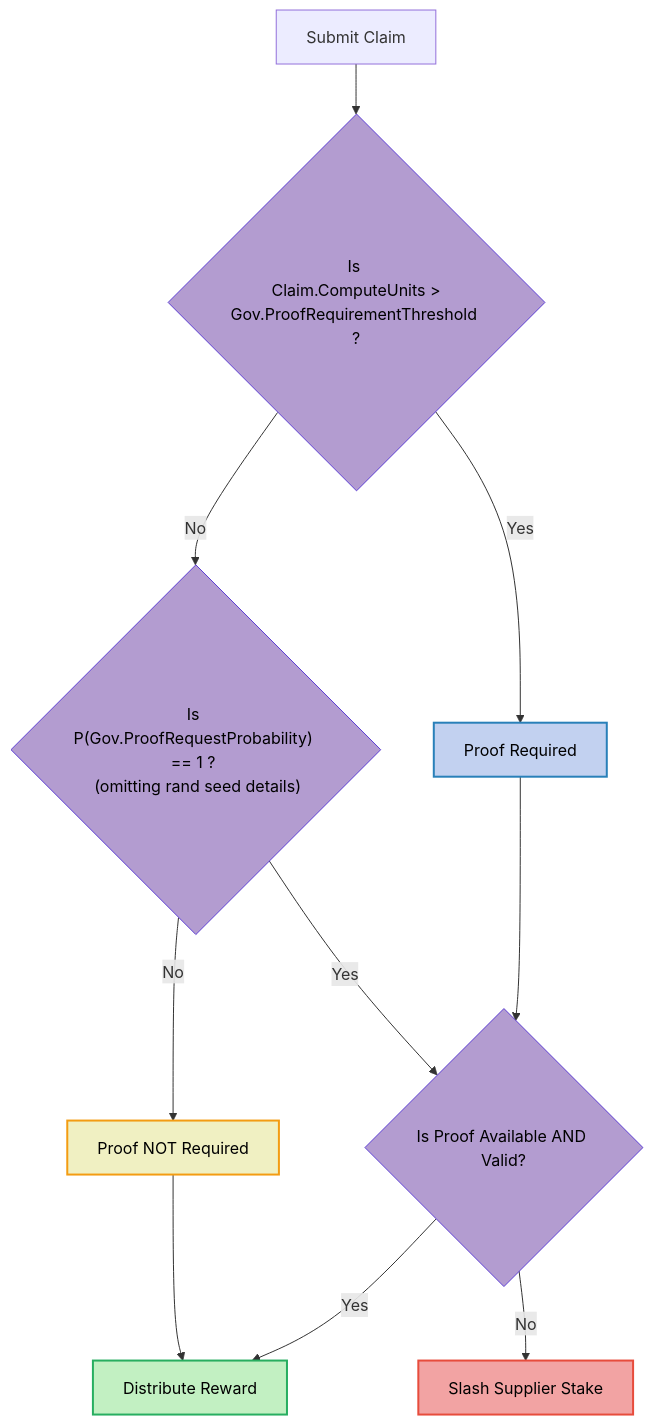
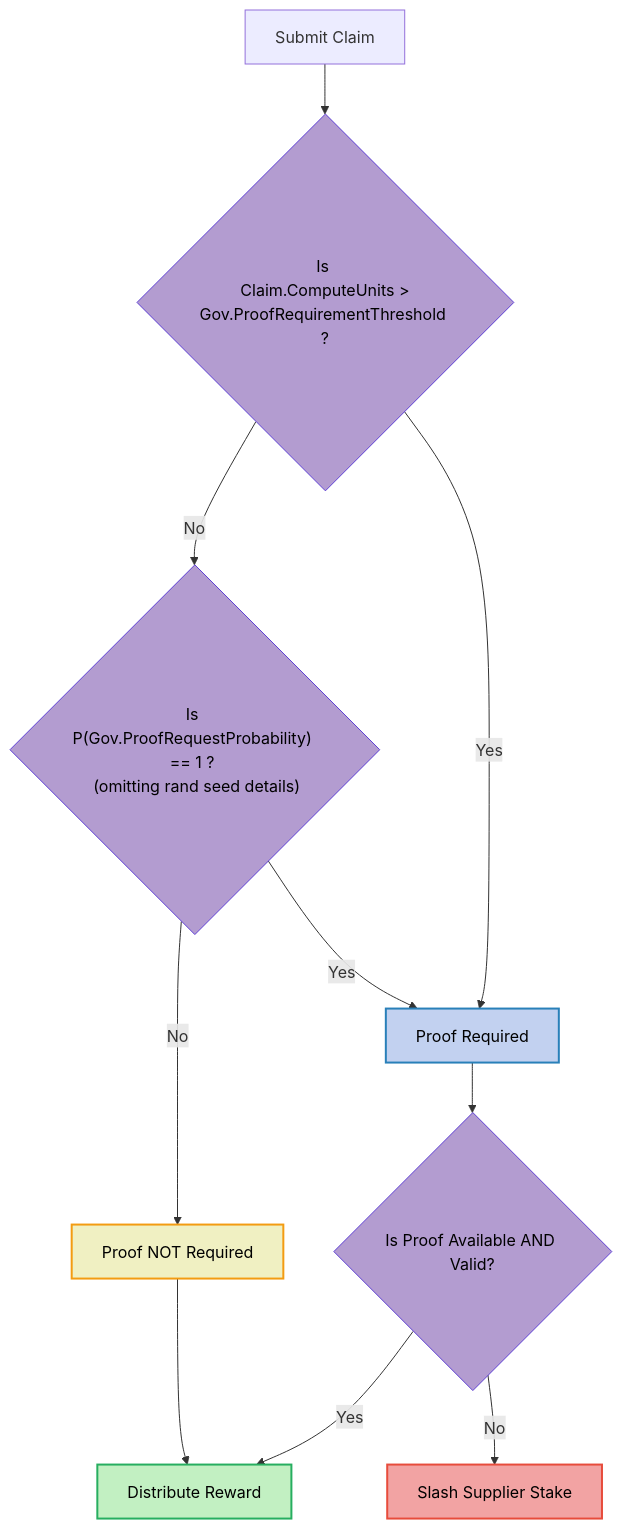
Before and after one commit to pokt-network/poktroll: the diagram in docusaurus/docs/protocol/primitives/probabilistic_proofs.md, drawn with Mermaid.

````diff
--- a/docusaurus/docs/protocol/primitives/probabilistic_proofs.md
+++ b/docusaurus/docs/protocol/primitives/probabilistic_proofs.md
@@ -100,37 +100,37 @@
 ```mermaid
 flowchart TD
     DR[Distribute Reward]
     SC[Submit Claim]
     PR[Proof Required]
     NP[Proof NOT Required]
     SLASH[Slash Supplier Stake]
 
     %% Is Claim Above Threshold
     ISCAT{ Is <br> Claim.ComputeUnits > Gov.ProofRequirementThreshold ? }
     %% Is Probabilistic Proof Required
     ISPPR{"Is P(Gov.ProofRequestProbability) == 1 ? <br> (omitting rand seed details)"}
     %% Is Proof Available
     ISPA{"Is Proof Available AND Valid?"}
 
     SC --> ISCAT
 
     ISCAT --> |No| ISPPR
     ISCAT --> |Yes| PR
 
     ISPPR --> |No| NP
-    ISPPR --> |Yes| ISPA
+    ISPPR --> |Yes| PR
 
     ISPA --> |"Yes"| DR
     ISPA --> |No| SLASH
 
     PR --> ISPA
     NP --> DR
 
     style DR fill:#c2f0c2,stroke:#27ae60,stroke-width:2px,color:#000
     style SLASH fill:#f2a3a3,stroke:#e74c3c,stroke-width:2px,color:#000
     style NP fill:#f0f0c2,stroke:#f39c12,stroke-width:2px,color:#000
     style PR fill:#c2d1f0,stroke:#2980b9,stroke-width:2px,color:#000
 
     classDef decision fill:#B39CD0,stroke:#5D3FD3,color:#000;
     class ISCAT,ISPPR,ISPA decision;
 ```
````
